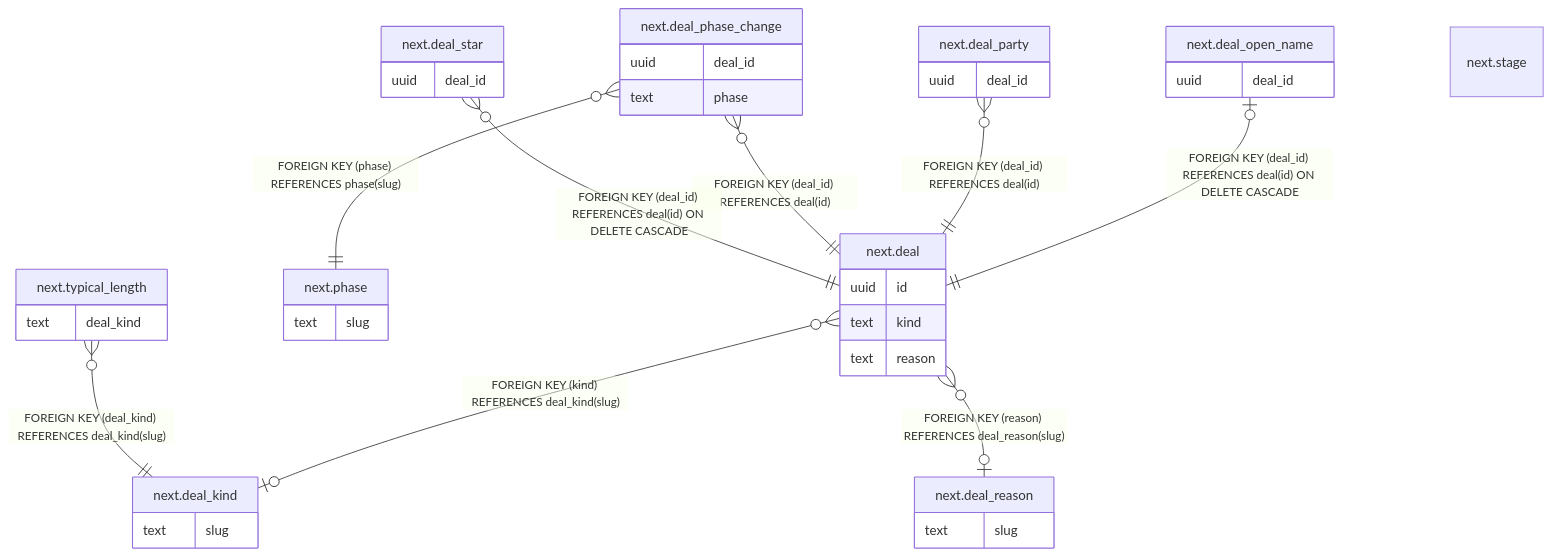
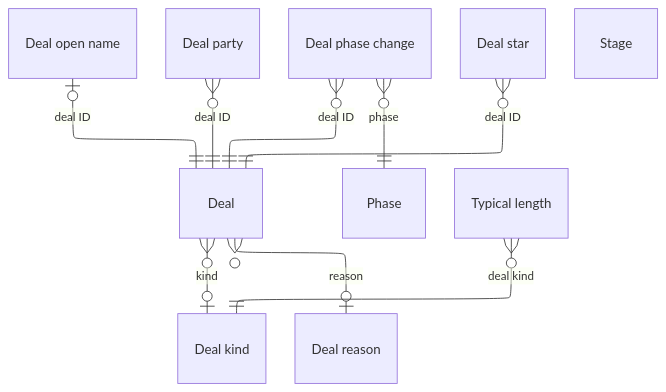
Before and after one commit to DoctorCRE/doctorcre-engine: the diagram in docs/database/tables/viewpoint-deals.md, drawn with Mermaid. The commit also changed other lines of this file and 29 other files, not shown here.

````diff
--- a/docs/database/tables/viewpoint-deals.md
+++ b/docs/database/tables/viewpoint-deals.md
@@ -24,45 +3,28 @@
 ```mermaid
+---
+config:
+  layout: elk
+  er:
+    nodeSpacing: 22
+    rankSpacing: 44
+---
 erDiagram
-
-"next.deal" }o--o| "next.deal_kind" : "FOREIGN KEY (kind) REFERENCES deal_kind(slug)"
-"next.deal" }o--o| "next.deal_reason" : "FOREIGN KEY (reason) REFERENCES deal_reason(slug)"
-"next.deal_open_name" |o--|| "next.deal" : "FOREIGN KEY (deal_id) REFERENCES deal(id) ON DELETE CASCADE"
-"next.deal_party" }o--|| "next.deal" : "FOREIGN KEY (deal_id) REFERENCES deal(id)"
-"next.deal_phase_change" }o--|| "next.deal" : "FOREIGN KEY (deal_id) REFERENCES deal(id)"
-"next.deal_phase_change" }o--|| "next.phase" : "FOREIGN KEY (phase) REFERENCES phase(slug)"
-"next.deal_star" }o--|| "next.deal" : "FOREIGN KEY (deal_id) REFERENCES deal(id) ON DELETE CASCADE"
-"next.typical_length" }o--|| "next.deal_kind" : "FOREIGN KEY (deal_kind) REFERENCES deal_kind(slug)"
-
-"next.deal" {
-  uuid id
-  text kind
-  text reason
-}
-"next.deal_kind" {
-  text slug
-}
-"next.deal_open_name" {
-  uuid deal_id
-}
-"next.deal_party" {
-  uuid deal_id
-}
-"next.deal_phase_change" {
-  uuid deal_id
-  text phase
-}
-"next.deal_reason" {
-  text slug
-}
-"next.deal_star" {
-  uuid deal_id
-}
-"next.phase" {
-  text slug
-}
-"next.stage" {
-}
-"next.typical_length" {
-  text deal_kind
-}
+  "Deal"
+  "Deal kind"
+  "Deal open name"
+  "Deal party"
+  "Deal phase change"
+  "Deal reason"
+  "Deal star"
+  "Phase"
+  "Stage"
+  "Typical length"
+  "Deal" }o--o| "Deal kind" : "kind"
+  "Deal" }o--o| "Deal reason" : "reason"
+  "Deal open name" |o--|| "Deal" : "deal ID"
+  "Deal party" }o--|| "Deal" : "deal ID"
+  "Deal phase change" }o--|| "Deal" : "deal ID"
+  "Deal phase change" }o--|| "Phase" : "phase"
+  "Deal star" }o--|| "Deal" : "deal ID"
+  "Typical length" }o--|| "Deal kind" : "deal kind"
 ```
````
